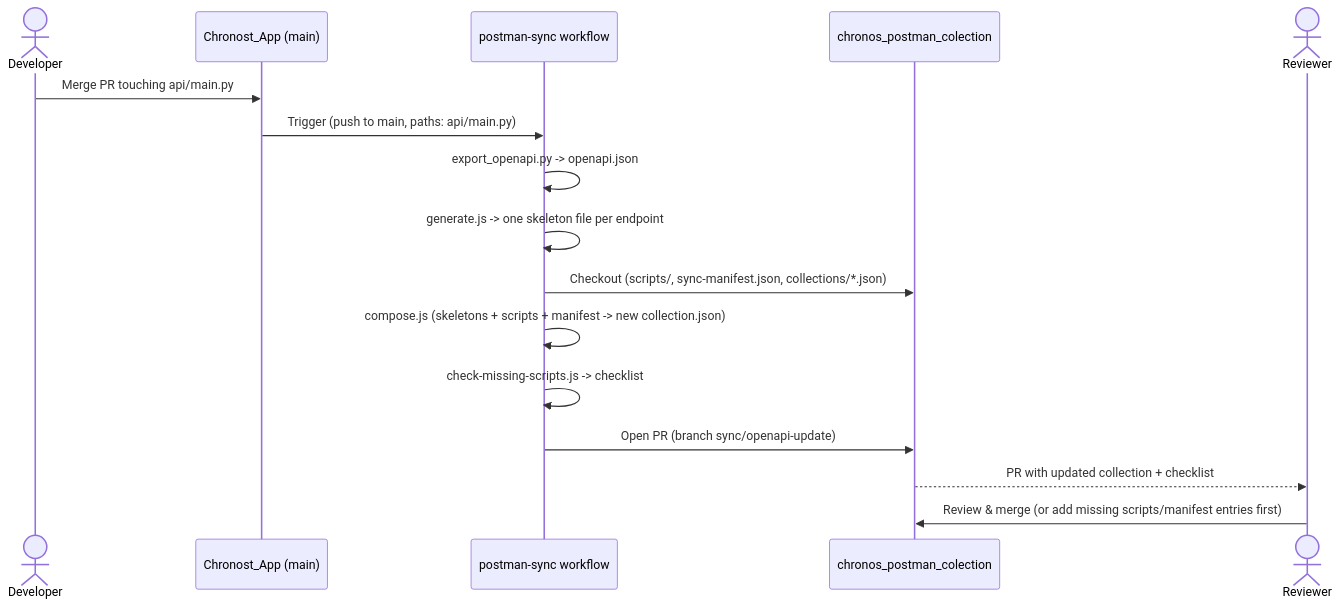
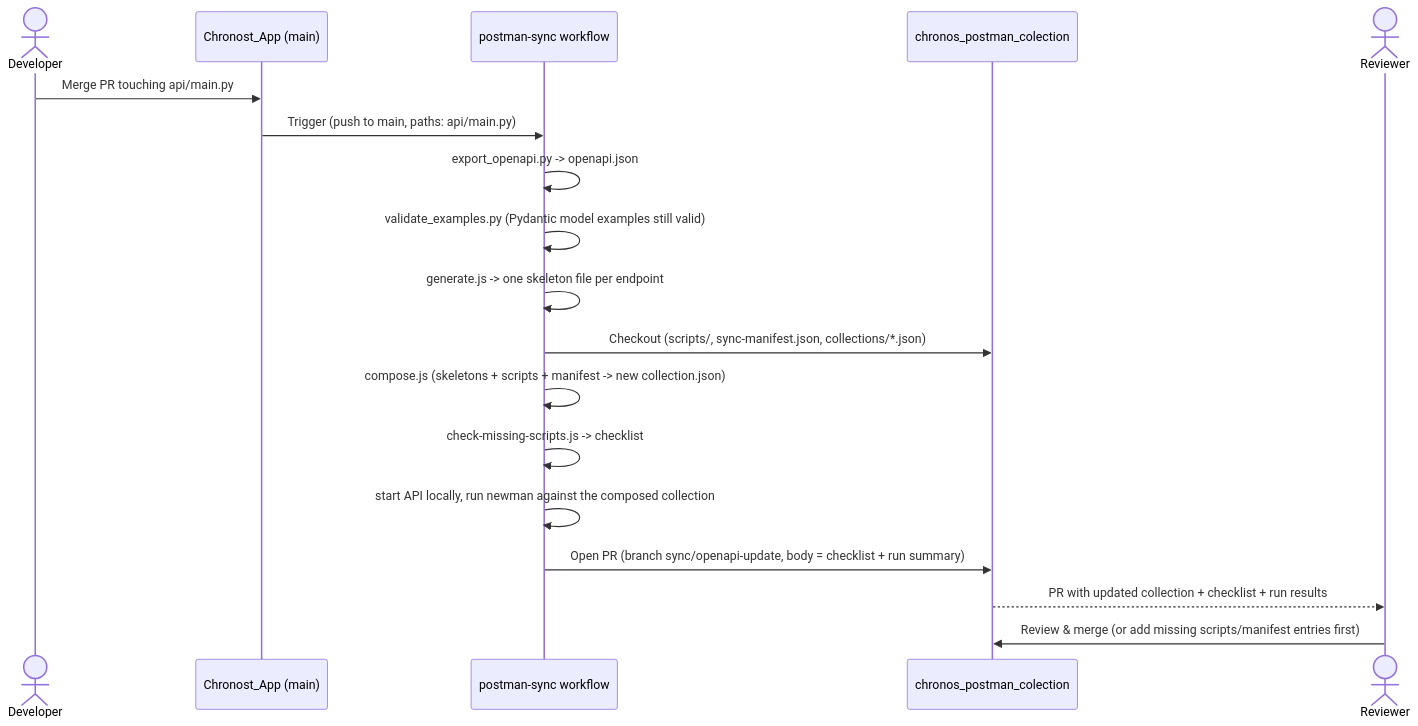
One commit to jirivondra/chronos_postman_colection changed the diagram in README.md. Above: the diagram before and after it, drawn with Mermaid. The commit also changed other lines of this file, not shown here.

Commit message:
docs: mention the live collection run in the sync flow

````diff
--- a/README.md
+++ b/README.md
@@ -49,19 +49,21 @@
 ```mermaid
 sequenceDiagram
     actor Dev as Developer
     participant App as Chronost_App (main)
     participant CI as postman-sync workflow
     participant Repo as chronos_postman_colection
     actor Rev as Reviewer
 
     Dev->>App: Merge PR touching api/main.py
     App->>CI: Trigger (push to main, paths: api/main.py)
     CI->>CI: export_openapi.py -> openapi.json
+    CI->>CI: validate_examples.py (Pydantic model examples still valid)
     CI->>CI: generate.js -> one skeleton file per endpoint
     CI->>Repo: Checkout (scripts/, sync-manifest.json, collections/*.json)
     CI->>CI: compose.js (skeletons + scripts + manifest -> new collection.json)
     CI->>CI: check-missing-scripts.js -> checklist
-    CI->>Repo: Open PR (branch sync/openapi-update)
-    Repo-->>Rev: PR with updated collection + checklist
+    CI->>CI: start API locally, run newman against the composed collection
+    CI->>Repo: Open PR (branch sync/openapi-update, body = checklist + run summary)
+    Repo-->>Rev: PR with updated collection + checklist + run results
     Rev->>Repo: Review & merge (or add missing scripts/manifest entries first)
 ```
````
